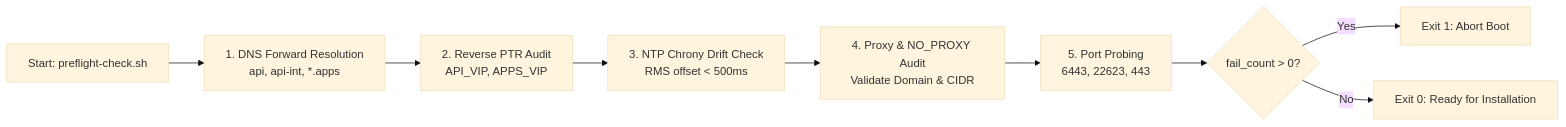
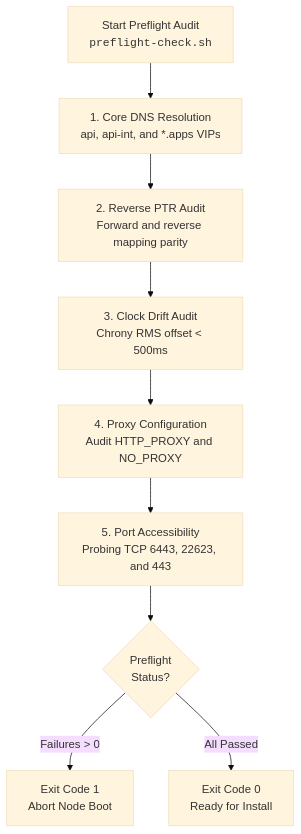
Before and after one commit to nubenetes/openshift-4-20-installation-day0-day2: the second of 6 diagrams in scripts/README.md, drawn with Mermaid (base theme). The commit also changed other lines of this file, not shown here.

Commit message:
fix(docs): optimize mermaid diagram boxes, text breaks and flow orientation in scripts/README.md

````diff
--- a/scripts/README.md
+++ b/scripts/README.md
@@ -123,11 +123,11 @@
 ```mermaid
-flowchart LR
-    A[Start: preflight-check.sh] --> B[1. DNS Forward Resolution<br/>api, api-int, *.apps]
-    B --> C[2. Reverse PTR Audit<br/>API_VIP, APPS_VIP]
-    C --> D[3. NTP Chrony Drift Check<br/>RMS offset < 500ms]
-    D --> E[4. Proxy & NO_PROXY Audit<br/>Validate Domain & CIDR]
-    E --> F[5. Port Probing<br/>6443, 22623, 443]
-    F --> G{fail_count > 0?}
-    G -- Yes --> H[Exit 1: Abort Boot]
-    G -- No --> I[Exit 0: Ready for Installation]
+flowchart TD
+    A["Start Preflight Audit<br/><code>preflight-check.sh</code>"] --> B["1. Core DNS Resolution<br/>api, api-int, and *.apps VIPs"]
+    B --> C["2. Reverse PTR Audit<br/>Forward and reverse mapping parity"]
+    C --> D["3. Clock Drift Audit<br/>Chrony RMS offset &lt; 500ms"]
+    D --> E["4. Proxy Configuration<br/>Audit HTTP_PROXY and NO_PROXY"]
+    E --> F["5. Port Accessibility<br/>Probing TCP 6443, 22623, and 443"]
+    F --> G{"Preflight<br/>Status?"}
+    G -->|"Failures &gt; 0"| H["Exit Code 1<br/>Abort Node Boot"]
+    G -->|"All Passed"| I["Exit Code 0<br/>Ready for Install"]
 ```
````
